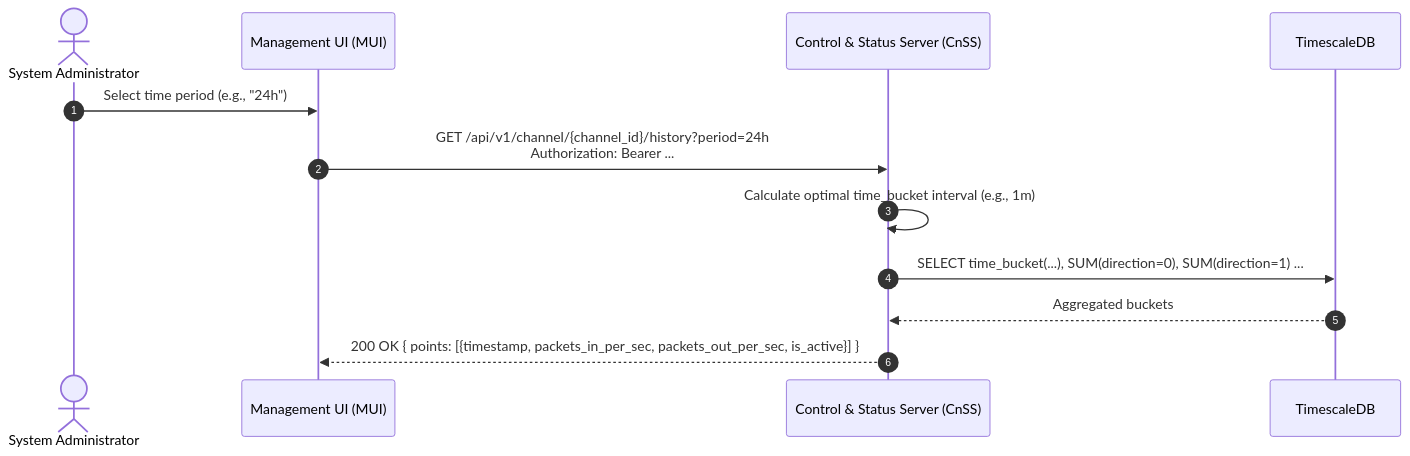
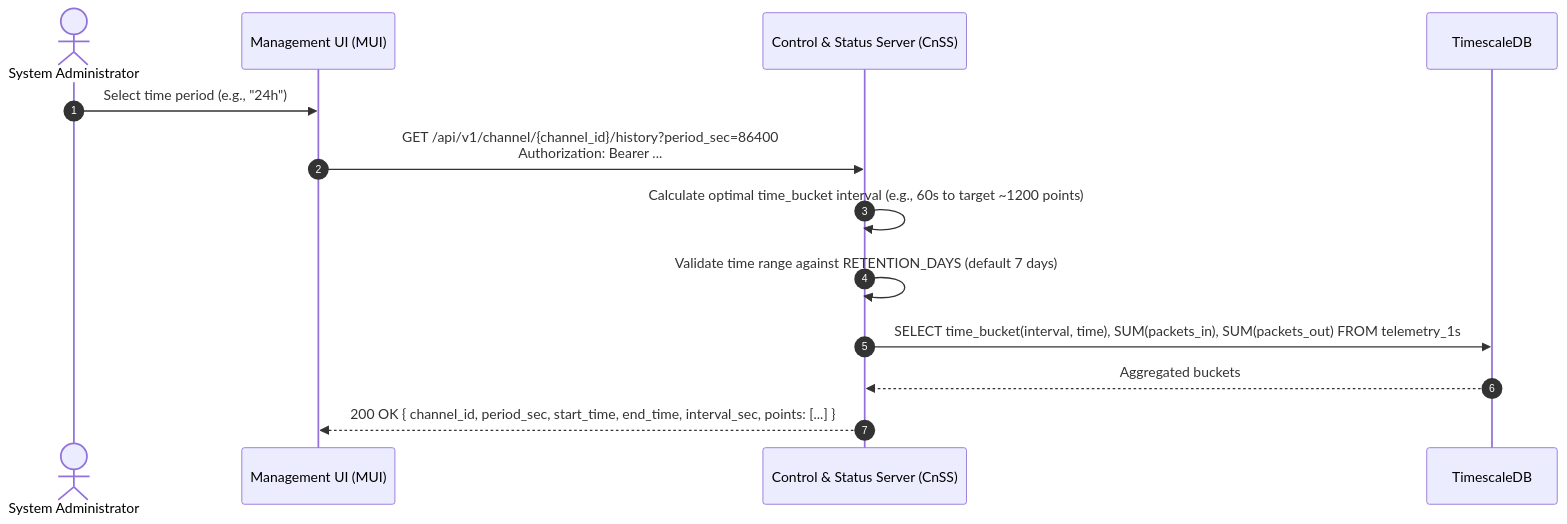
The fourth of 5 diagrams in docs/system-documentation.md (SWP-47/traffic-processing-platform), drawn with Mermaid before and after one commit. The commit also changed other lines of this file and 4 other files, not shown here.

````diff
--- a/docs/system-documentation.md
+++ b/docs/system-documentation.md
@@ -227,15 +344,16 @@
 ```mermaid
 sequenceDiagram
     autonumber
     actor Admin as System Administrator
     participant MUI as Management UI (MUI)
     participant CnSS as Control & Status Server (CnSS)
     participant DB as TimescaleDB
 
     Admin->>MUI: Select time period (e.g., "24h")
-    MUI->>CnSS: GET /api/v1/channel/{channel_id}/history?period=24h <br/> Authorization: Bearer ...
-    CnSS->>CnSS: Calculate optimal time_bucket interval (e.g., 1m)
-    CnSS->>DB: SELECT time_bucket(...), SUM(direction=0), SUM(direction=1) ...
+    MUI->>CnSS: GET /api/v1/channel/{channel_id}/history?period_sec=86400 <br/> Authorization: Bearer ...
+    CnSS->>CnSS: Calculate optimal time_bucket interval (e.g., 60s to target ~1200 points)
+    CnSS->>CnSS: Validate time range against RETENTION_DAYS (default 7 days)
+    CnSS->>DB: SELECT time_bucket(interval, time), SUM(packets_in), SUM(packets_out) FROM telemetry_1s
     DB-->>CnSS: Aggregated buckets
-    CnSS-->>MUI: 200 OK { points: [{timestamp, packets_in_per_sec, packets_out_per_sec, is_active}] }
+    CnSS-->>MUI: 200 OK { channel_id, period_sec, start_time, end_time, interval_sec, points: [...] }
 ```
````
